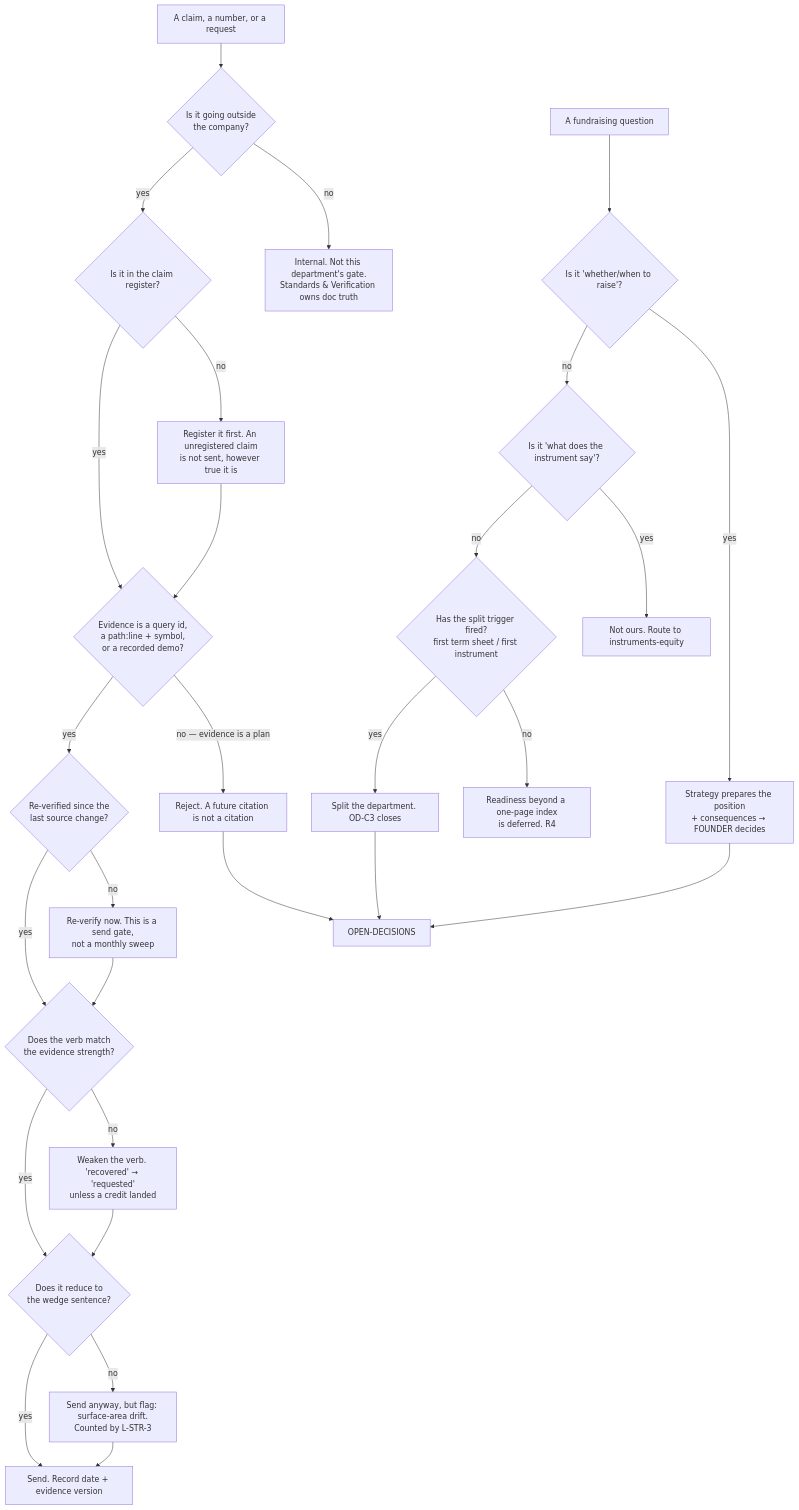
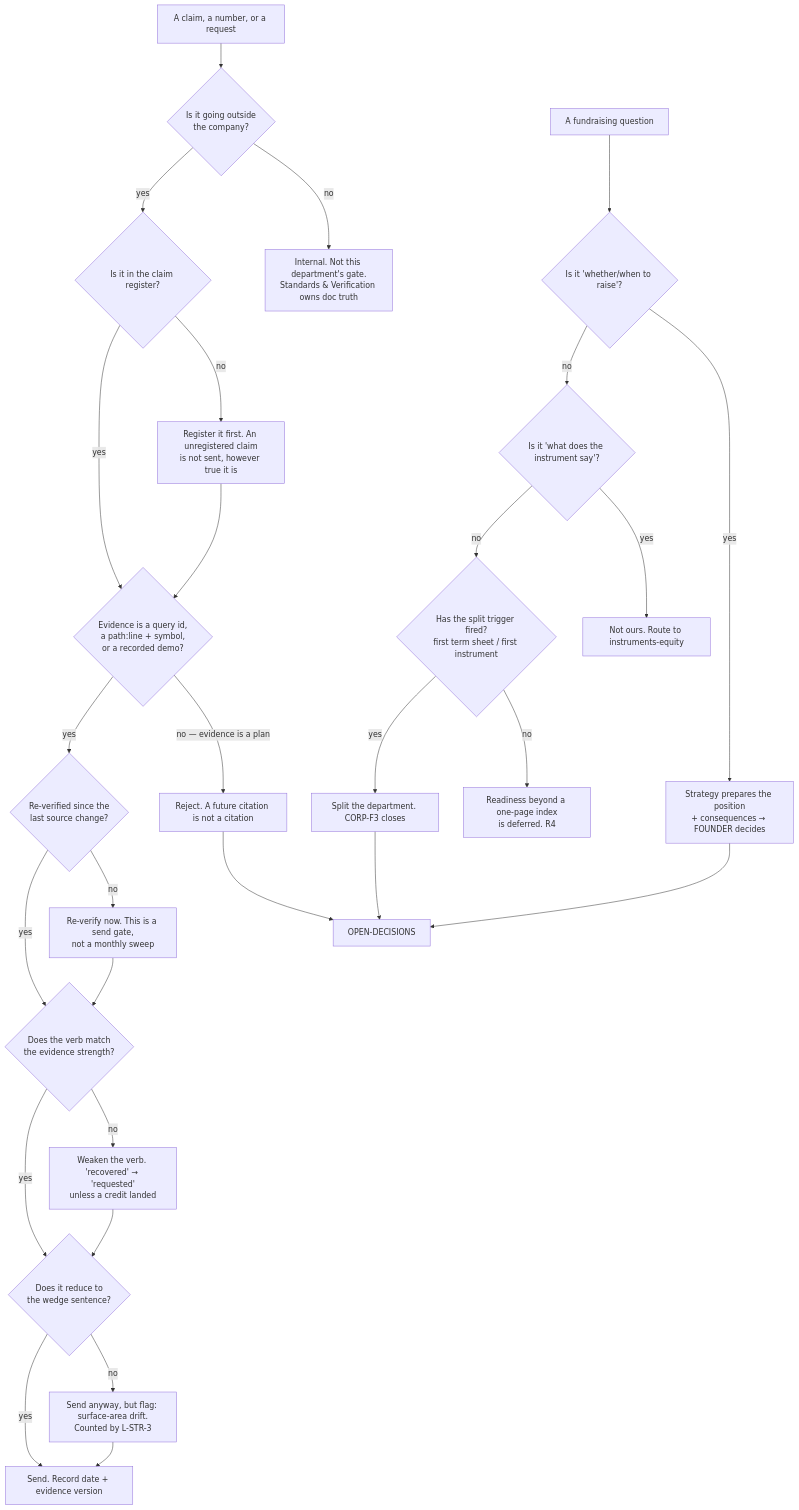
Before and after one commit to aldemirkonuk/RestaurantAIAutomation: the diagram in .planning/01-org/corporate/strategy-fundraising/strategy-fundraising-directive.md, drawn with Mermaid. The commit also changed other lines of this file and 349 other files, not shown here.

````diff
--- a/.planning/01-org/corporate/strategy-fundraising/strategy-fundraising-directive.md
+++ b/.planning/01-org/corporate/strategy-fundraising/strategy-fundraising-directive.md
@@ -27,38 +27,38 @@
 ```mermaid
 graph TD
   A[A claim, a number, or a request] --> B{Is it going outside\nthe company?}
 
   B -->|no| C[Internal. Not this department's gate.\nStandards & Verification owns doc truth]
   B -->|yes| D{Is it in the claim register?}
 
   D -->|no| E[Register it first. An unregistered claim\nis not sent, however true it is]
   E --> F{Evidence is a query id,\na path:line + symbol,\nor a recorded demo?}
   D -->|yes| F
 
   F -->|no — evidence is a plan| G[Reject. A future citation is not a citation]
   F -->|yes| H{Re-verified since the\nlast source change?}
 
   H -->|no| I[Re-verify now. This is a send gate,\nnot a monthly sweep]
   H -->|yes| J{Does the verb match\nthe evidence strength?}
 
   I --> J
   J -->|no| K["Weaken the verb. 'recovered' → 'requested'\nunless a credit landed"]
   J -->|yes| L{Does it reduce to\nthe wedge sentence?}
   K --> L
 
   L -->|no| M[Send anyway, but flag: surface-area drift.\nCounted by L-STR-3]
   L -->|yes| N[Send. Record date + evidence version]
   M --> N
 
   A2[A fundraising question] --> O{Is it 'whether/when to raise'?}
   O -->|yes| P[Strategy prepares the position\n+ consequences → FOUNDER decides]
   O -->|no| Q{Is it 'what does the instrument say'?}
   Q -->|yes| R[Not ours. Route to instruments-equity]
   Q -->|no| S{Has the split trigger fired?\nfirst term sheet / first instrument}
   S -->|no| T[Readiness beyond a one-page index\nis deferred. R4]
-  S -->|yes| U[Split the department. OD-C3 closes]
+  S -->|yes| U[Split the department. CORP-F3 closes]
 
   G --> V[OPEN-DECISIONS]
   P --> V
   U --> V
 ```
````
